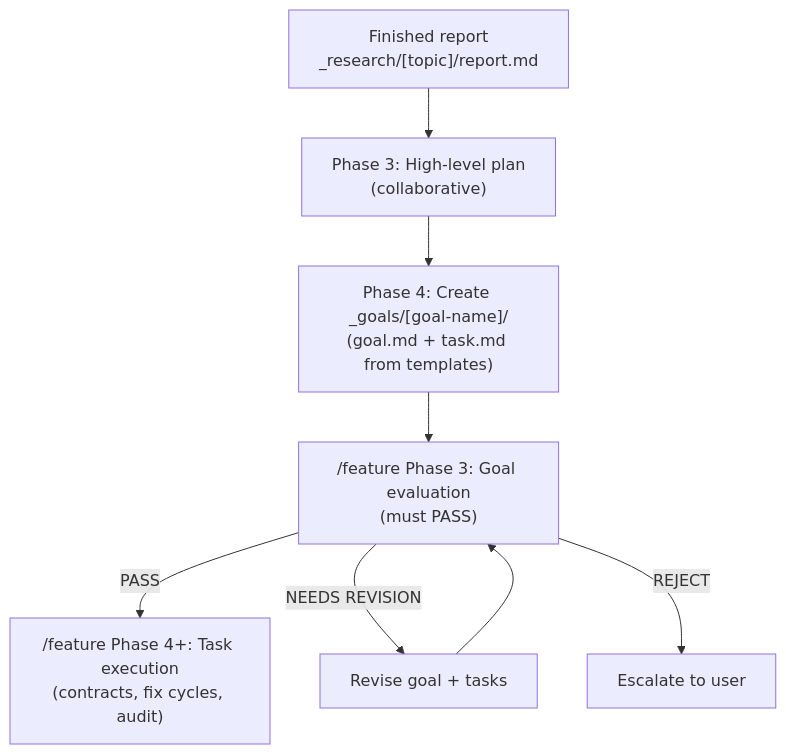
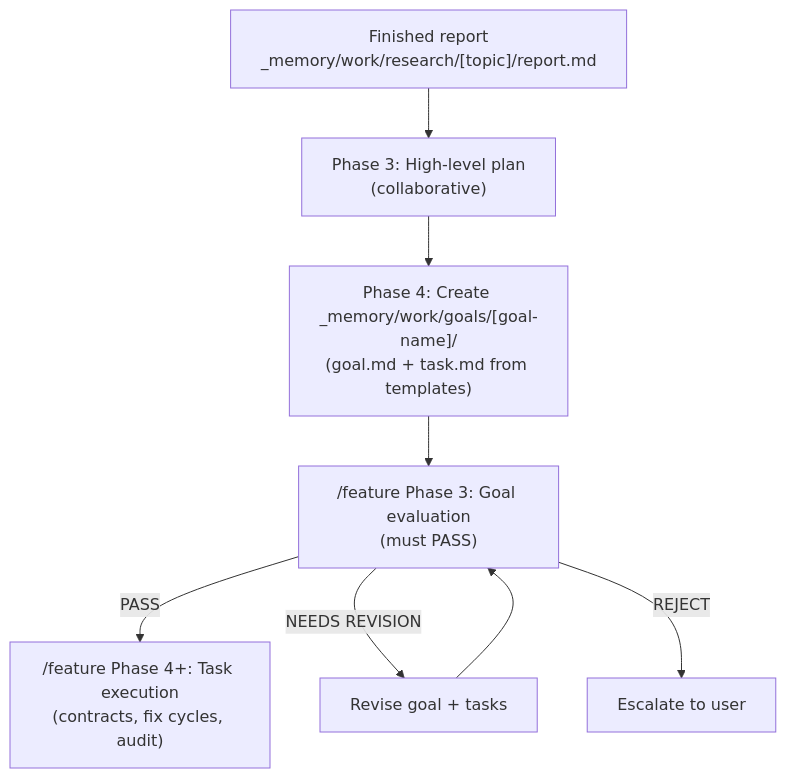
The third of 3 diagrams in docs/agent-kit/guide/research-workflow.md (kdcllc/skills), drawn with Mermaid before and after one commit. The commit also changed other lines of this file and 273 other files, not shown here.

````diff
--- a/docs/agent-kit/guide/research-workflow.md
+++ b/docs/agent-kit/guide/research-workflow.md
@@ -132,18 +132,18 @@
 ```mermaid
 flowchart TD
-    Report["Finished report\n_research/[topic]/report.md"]
+    Report["Finished report\n_memory/work/research/[topic]/report.md"]
     Plan["Phase 3: High-level plan\n(collaborative)"]
-    Tasks["Phase 4: Create _goals/[goal-name]/\n(goal.md + task.md from templates)"]
+    Tasks["Phase 4: Create _memory/work/goals/[goal-name]/\n(goal.md + task.md from templates)"]
     Eval["/feature Phase 3: Goal evaluation\n(must PASS)"]
     Revise["Revise goal + tasks"]
     Escalate["Escalate to user"]
     Exec["/feature Phase 4+: Task execution\n(contracts, fix cycles, audit)"]
 
     Report --> Plan
     Plan --> Tasks
     Tasks --> Eval
     Eval -->|"PASS"| Exec
     Eval -->|"NEEDS REVISION"| Revise
     Revise --> Eval
     Eval -->|"REJECT"| Escalate
 ```
````
